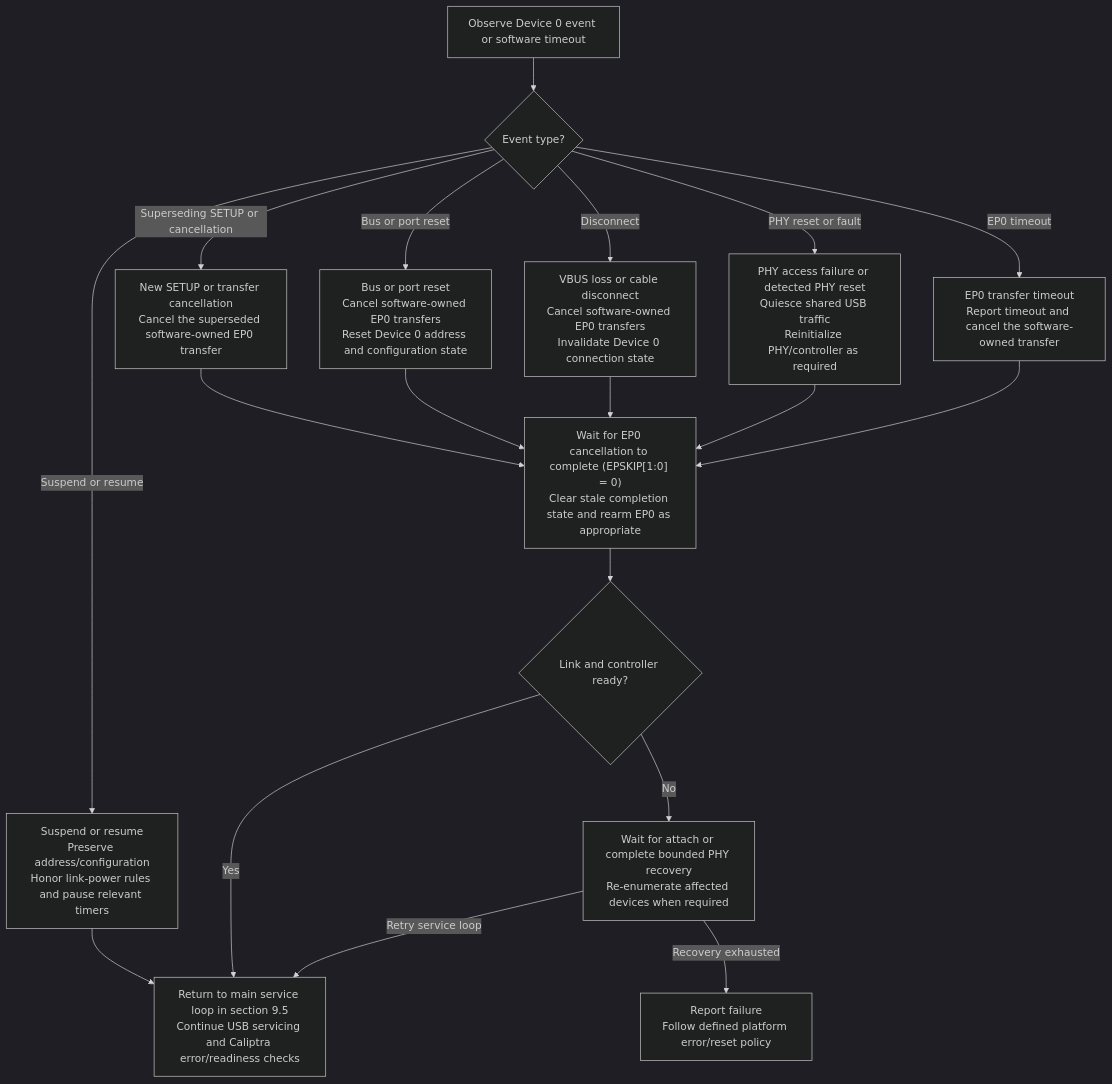
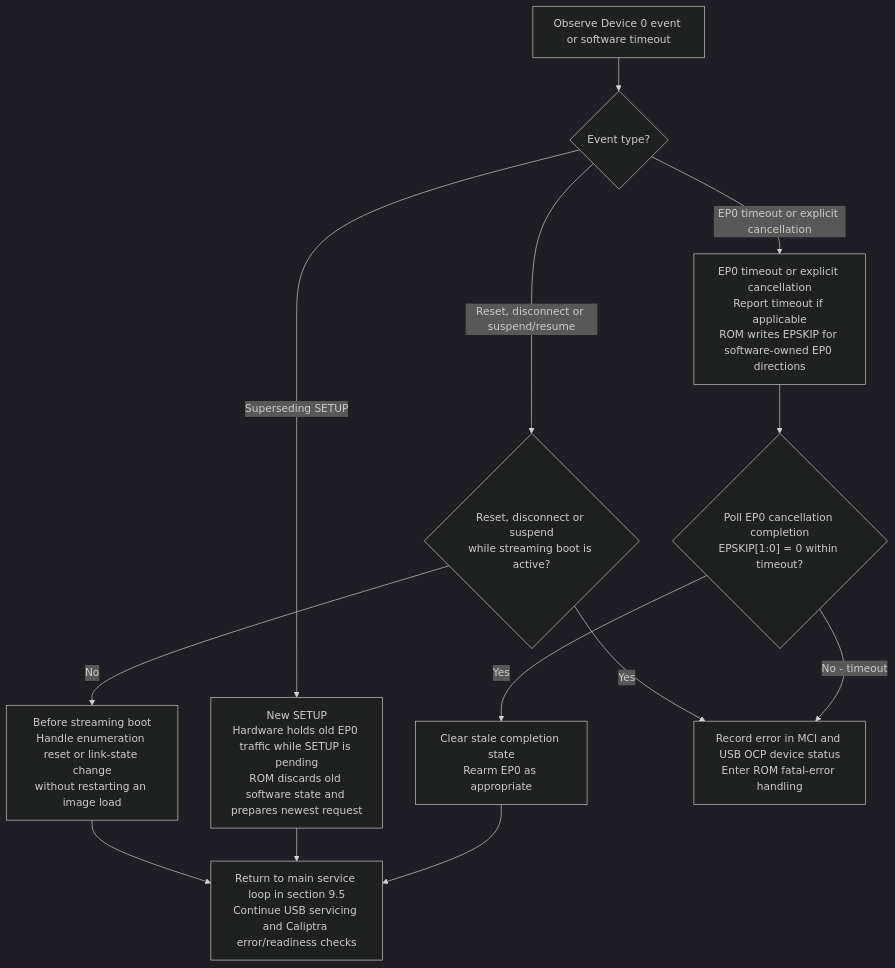
Before and after one commit to chipsalliance/caliptra-mcu-sw: the seventh of 7 diagrams in docs/src/usb_recovery_emulation.md, drawn with Mermaid (dark theme). The commit also changed other lines of this file and 17 other files, not shown here.

First line of the commit message:
Implement persistent USB Device 0 service during OCP recovery

````diff
--- a/docs/src/usb_recovery_emulation.md
+++ b/docs/src/usb_recovery_emulation.md
@@ -804,29 +843,22 @@
 ```mermaid
 flowchart TD
     Fault["Observe Device 0 event or software timeout"]
     Kind{"Event type?"}
-    Suspend["Suspend or resume<br/>Preserve address/configuration<br/>Honor link-power rules and pause relevant timers"]
-    Supersede["New SETUP or transfer cancellation<br/>Cancel the superseded software-owned EP0 transfer"]
-    Reset["Bus or port reset<br/>Cancel software-owned EP0 transfers<br/>Reset Device 0 address and configuration state"]
-    Detach["VBUS loss or cable disconnect<br/>Cancel software-owned EP0 transfers<br/>Invalidate Device 0 connection state"]
-    Phy["PHY access failure or detected PHY reset<br/>Quiesce shared USB traffic<br/>Reinitialize PHY/controller as required"]
-    Timeout["EP0 transfer timeout<br/>Report timeout and cancel the software-owned transfer"]
-    Local["Wait for EP0 cancellation to complete (EPSKIP[1:0] = 0)<br/>Clear stale completion state and rearm EP0 as appropriate"]
-    Escalate["Report failure<br/>Follow defined platform error/reset policy"]
-    Link{"Link and controller ready?"}
-    Wait["Wait for attach or complete bounded PHY recovery<br/>Re-enumerate affected devices when required"]
+    Disrupt{"Reset, disconnect or suspend<br/>while streaming boot is active?"}
+    Normal["Before streaming boot<br/>Handle enumeration reset or link-state change<br/>without restarting an image load"]
+    Supersede["New SETUP<br/>Hardware holds old EP0 traffic while SETUP is pending<br/>ROM discards old software state and prepares newest request"]
+    Timeout["EP0 timeout or explicit cancellation<br/>Report timeout if applicable<br/>ROM writes EPSKIP for software-owned EP0 directions"]
+    Local["Clear stale completion state<br/>Rearm EP0 as appropriate"]
+    Cancel{"Poll EP0 cancellation completion<br/>EPSKIP[1:0] = 0 within timeout?"}
+    Escalate["Record error in MCI and USB OCP device status<br/>Enter ROM fatal-error handling"]
     Serve["Return to main service loop in section 9.5<br/>Continue USB servicing and Caliptra error/readiness checks"]
 
     Fault --> Kind
-    Kind -->|Suspend or resume| Suspend --> Serve
-    Kind -->|Superseding SETUP or cancellation| Supersede --> Local
-    Kind -->|Bus or port reset| Reset --> Local
-    Kind -->|Disconnect| Detach --> Local
-    Kind -->|PHY reset or fault| Phy --> Local
-    Kind -->|EP0 timeout| Timeout --> Local
-    Local --> Link
-    Link -->|Yes| Serve
-    Link -->|No| Wait
-    Wait -->|Retry service loop| Serve
-    Wait -->|Recovery exhausted| Escalate
+    Kind -->|Reset, disconnect or suspend/resume| Disrupt
+    Disrupt -->|Yes| Escalate
+    Disrupt -->|No| Normal --> Serve
+    Kind -->|Superseding SETUP| Supersede --> Serve
+    Kind -->|EP0 timeout or explicit cancellation| Timeout --> Cancel
+    Cancel -->|Yes| Local --> Serve
+    Cancel -->|No - timeout| Escalate
 ```
````
